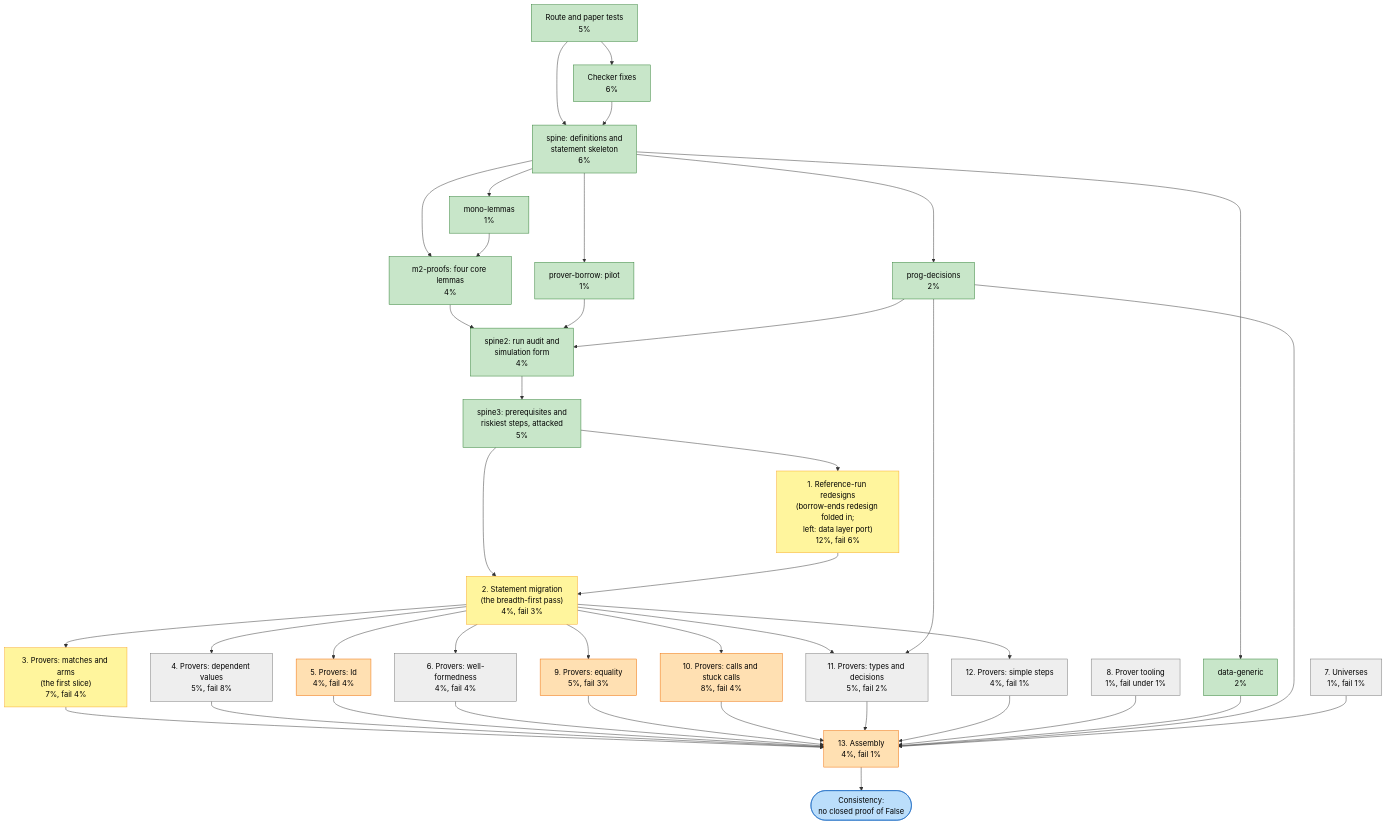
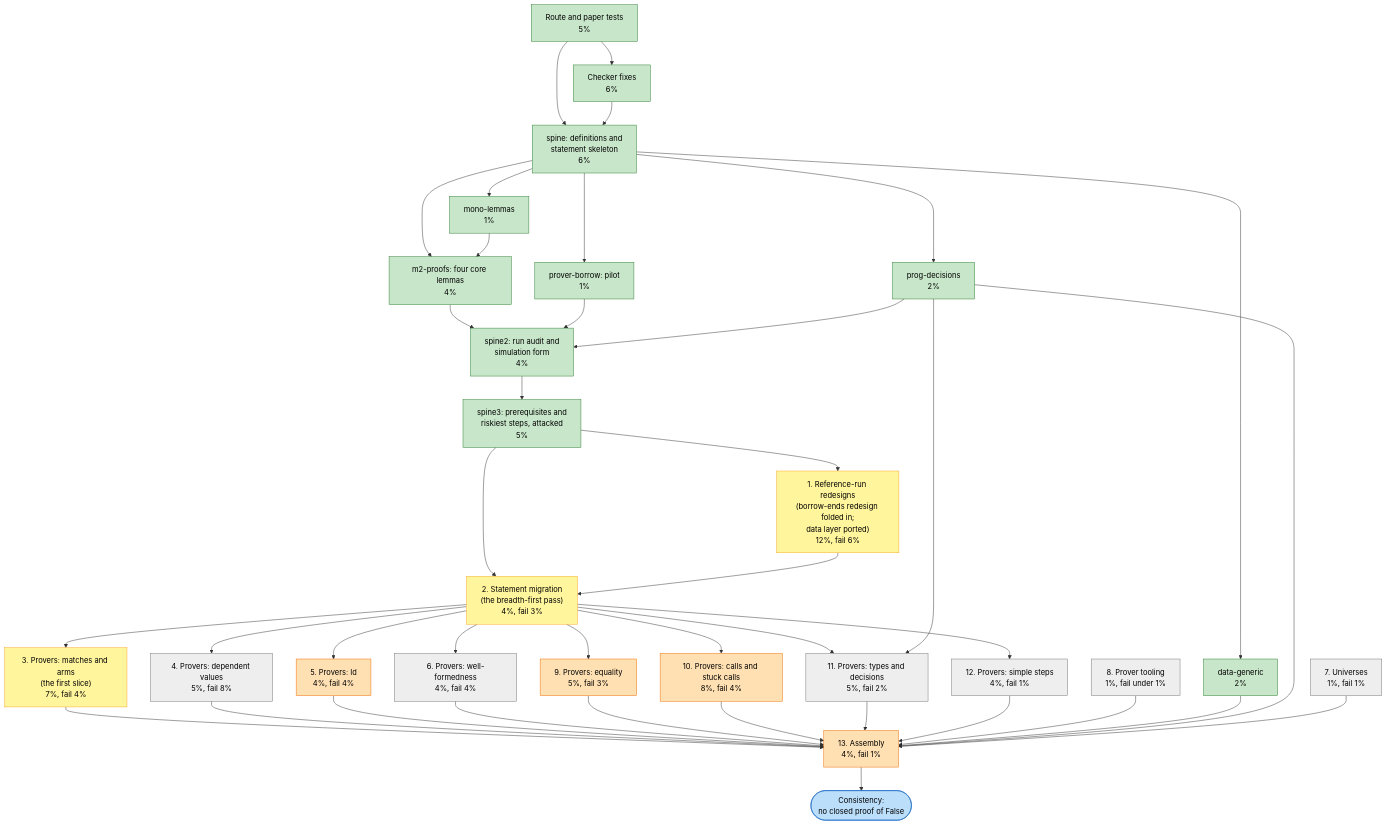
The diagram in ochr/docs/32-consistency-work-units.md (charlielidbury/ochre), drawn with Mermaid before and after one commit. The commit also changed other lines of this file, not shown here.

First line of the commit message:
ochr/docs/32: the data layer is ported and verified; two checker decisions awaiting landing

````diff
--- a/ochr/docs/32-consistency-work-units.md
+++ b/ochr/docs/32-consistency-work-units.md
@@ -141,79 +145,79 @@
 ```mermaid
 flowchart TD
     classDef done fill:#c8e6c9,stroke:#2e7d32,color:#000
     classDef running fill:#fff59d,stroke:#f9a825,color:#000
     classDef stated fill:#ffe0b2,stroke:#ef6c00,color:#000
     classDef todo fill:#eeeeee,stroke:#757575,color:#000
     classDef goal fill:#bbdefb,stroke:#1565c0,color:#000
 
     tests["Route and paper tests<br/>5%"]:::done
     fixes["Checker fixes<br/>6%"]:::done
     spine["spine: definitions and<br/>statement skeleton<br/>6%"]:::done
     datagen["data-generic<br/>2%"]:::done
     mono["mono-lemmas<br/>1%"]:::done
     progdec["prog-decisions<br/>2%"]:::done
     m2["m2-proofs: four core lemmas<br/>4%"]:::done
     pborrow["prover-borrow: pilot<br/>1%"]:::done
     spine2["spine2: run audit and<br/>simulation form<br/>4%"]:::done
 
     spine3["spine3: prerequisites and<br/>riskiest steps, attacked<br/>5%"]:::done
 
-    redesign["1. Reference-run redesigns<br/>(borrow-ends redesign folded in;<br/>left: data layer port)<br/>12%, fail 6%"]:::running
+    redesign["1. Reference-run redesigns<br/>(borrow-ends redesign folded in;<br/>data layer ported)<br/>12%, fail 6%"]:::running
     migrate["2. Statement migration<br/>(the breadth-first pass)<br/>4%, fail 3%"]:::running
 
     pMatch["3. Provers: matches and arms<br/>(the first slice)<br/>7%, fail 4%"]:::running
     dep["4. Provers: dependent values<br/>5%, fail 8%"]:::todo
     idn["5. Provers: Id<br/>4%, fail 4%"]:::stated
     wf["6. Provers: well-formedness<br/>4%, fail 4%"]:::todo
     universes["7. Universes<br/>1%, fail 1%"]:::todo
     tooling["8. Prover tooling<br/>1%, fail under 1%"]:::todo
     pEq["9. Provers: equality<br/>5%, fail 3%"]:::stated
     pCalls["10. Provers: calls and stuck calls<br/>8%, fail 4%"]:::stated
     pTypes["11. Provers: types and decisions<br/>5%, fail 2%"]:::todo
     pSimple["12. Provers: simple steps<br/>4%, fail 1%"]:::todo
 
     assembly["13. Assembly<br/>4%, fail 1%"]:::stated
     goal(["Consistency:<br/>no closed proof of False"]):::goal
 
     tests --> fixes
     tests --> spine
     fixes --> spine
     spine --> datagen
     spine --> mono
     spine --> progdec
     spine --> m2
     spine --> pborrow
     mono --> m2
     m2 --> spine2
     pborrow --> spine2
     progdec --> spine2
 
     spine2 --> spine3
     spine3 --> redesign
     spine3 --> migrate
     redesign --> migrate
 
     migrate --> pMatch
     migrate --> dep
     migrate --> idn
     migrate --> wf
     migrate --> pEq
     migrate --> pCalls
     migrate --> pTypes
     migrate --> pSimple
     progdec --> pTypes
 
     pMatch --> assembly
     dep --> assembly
     idn --> assembly
     wf --> assembly
     pEq --> assembly
     pCalls --> assembly
     pTypes --> assembly
     pSimple --> assembly
     tooling --> assembly
     datagen --> assembly
     progdec --> assembly
     universes --> assembly
     assembly --> goal
 ```
````
